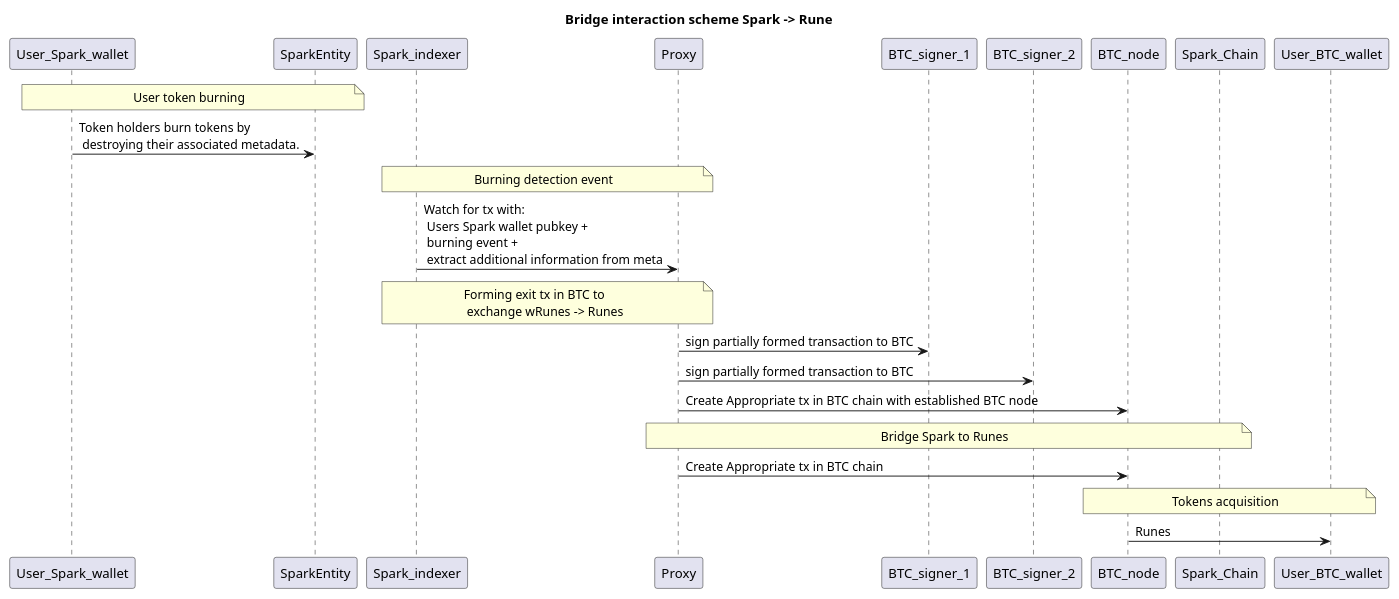
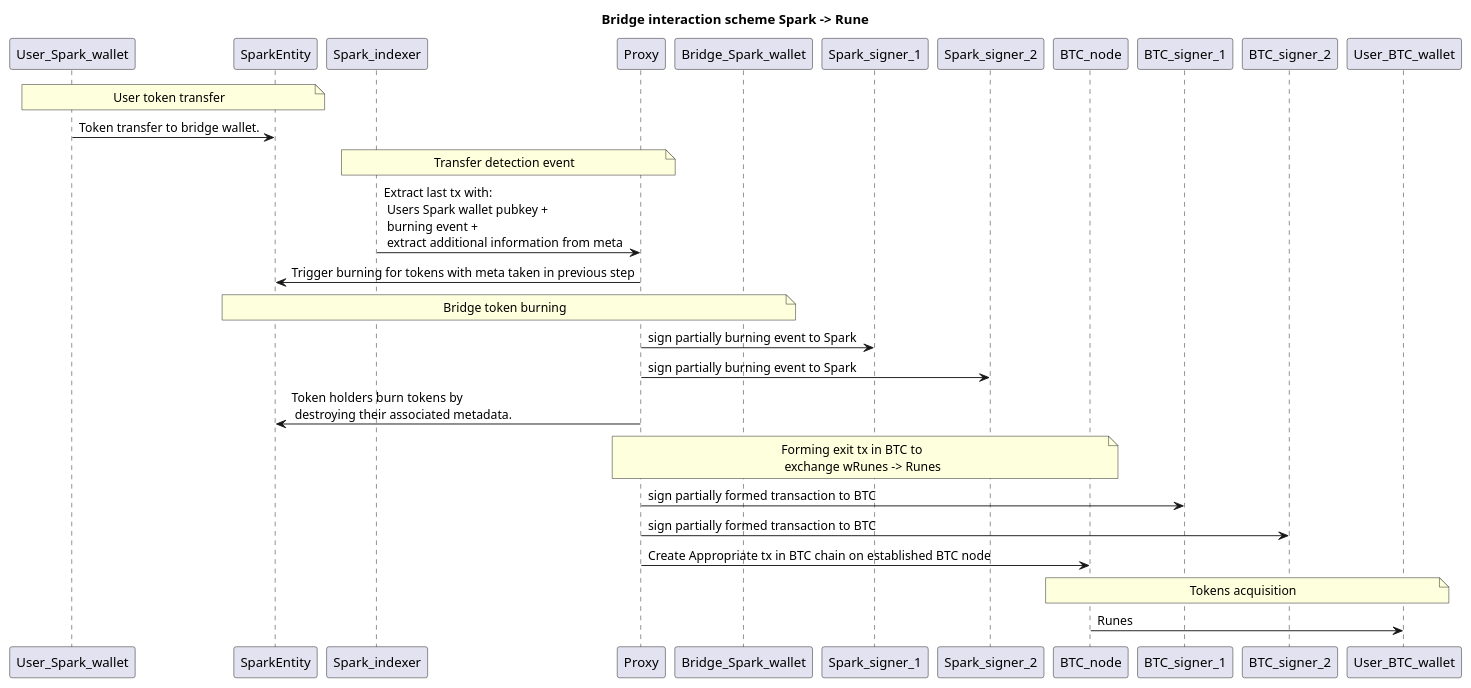
The diagram in docs/spark_runes.puml (Sats-Terminal/spark-bridge-backend), drawn with PlantUML before and after one commit. The commit also changed 1 other file, not shown here.

Commit message:
chore: update spark->rune interaction scheme

```diff
--- a/docs/spark_runes.puml
+++ b/docs/spark_runes.puml
@@ -1,23 +1,25 @@
 @startuml
 
 title Bridge interaction scheme Spark -> Rune
 
-note over User_Spark_wallet,SparkEntity:User token burning
-User_Spark_wallet->SparkEntity: Token holders burn tokens by \n destroying their associated metadata.
+note over User_Spark_wallet,SparkEntity:User token transfer
+User_Spark_wallet->SparkEntity: Token transfer to bridge wallet.
 
-note over Spark_indexer,Proxy:Burning detection event
-Spark_indexer->Proxy:Watch for tx with: \n Users Spark wallet pubkey +\n burning event + \n extract additional information from meta
+note over Spark_indexer,Proxy:Transfer detection event
+Spark_indexer->Proxy:Extract last tx with: \n Users Spark wallet pubkey +\n burning event + \n extract additional information from meta
+Proxy->SparkEntity: Trigger burning for tokens with meta taken in previous step
 
-note over Proxy, Spark_indexer:Forming exit tx in BTC to \n exchange wRunes -> Runes
+note over Bridge_Spark_wallet,SparkEntity:Bridge token burning
+Proxy->Spark_signer_1: sign partially burning event to Spark
+Proxy->Spark_signer_2: sign partially burning event to Spark
+Proxy->SparkEntity: Token holders burn tokens by \n destroying their associated metadata.
+
+note over Proxy, BTC_node:Forming exit tx in BTC to \n exchange wRunes -> Runes
 Proxy->BTC_signer_1: sign partially formed transaction to BTC
 Proxy->BTC_signer_2: sign partially formed transaction to BTC
-Proxy->BTC_node: Create Appropriate tx in BTC chain with established BTC node
-
-note over Proxy,Spark_Chain:Bridge Spark to Runes
-Proxy->BTC_node: Create Appropriate tx in BTC chain
+Proxy->BTC_node: Create Appropriate tx in BTC chain on established BTC node
 
 note over User_BTC_wallet, BTC_node: Tokens acquisition
 User_BTC_wallet<-BTC_node: Runes
 
-
 @enduml
```
